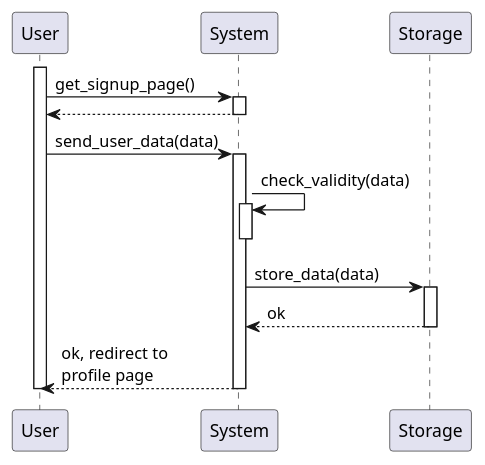
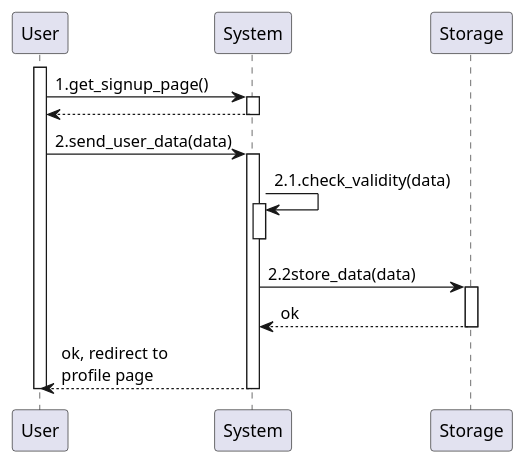
One commit to GiorgioUghini/SafeStreets changed the first of 3 diagrams in RASD/materials/uml/useCases/signUp&login.wsd. Above: the diagram before and after it, drawn with PlantUML. The commit also changed other lines of this file and 7 other files, not shown here.

Commit message:
Add numbers to sequence diagrams

```diff
--- a/RASD/materials/uml/useCases/signUp&login.wsd
+++ b/RASD/materials/uml/useCases/signUp&login.wsd
@@ -1,18 +1,18 @@
 @startuml sign_up
     autoactivate on
 
     participant User as U
     participant System as S
     participant Storage as ST
 
     activate U
-    U -> S: get_signup_page()
+    U -> S: 1.get_signup_page()
     return
-    U -> S: send_user_data(data)
-    S -> S: check_validity(data)
+    U -> S: 2.send_user_data(data)
+    S -> S: 2.1.check_validity(data)
     deactivate S
-    S -> ST: store_data(data)
+    S -> ST: 2.2store_data(data)
     return ok
     return ok, redirect to\nprofile page
     deactivate U
 @enduml
```
